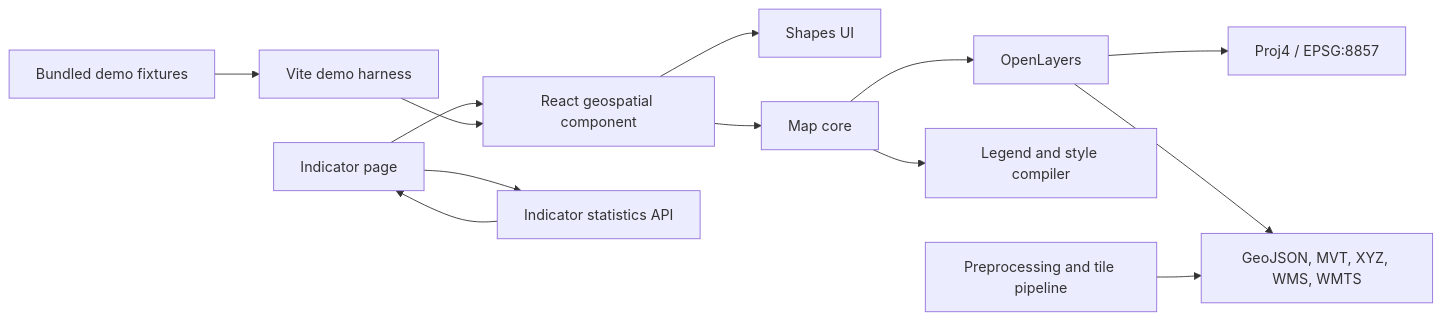
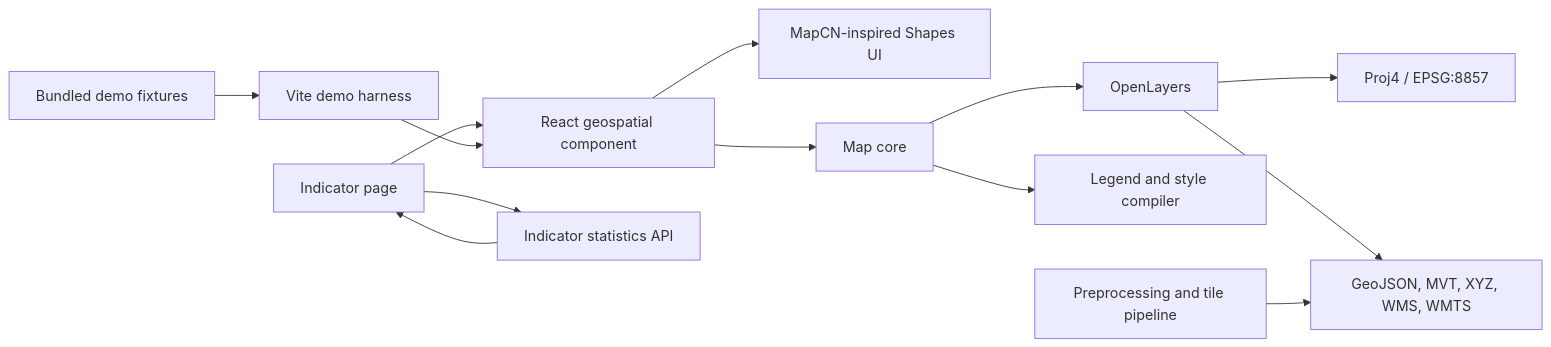
One commit to Lyxesxyz/react-map-component changed the first of 2 diagrams in technical-architecture.md. Above: the diagram before and after it, drawn with Mermaid. The commit also changed other lines of this file and 23 other files, not shown here.

````diff
--- a/technical-architecture.md
+++ b/technical-architecture.md
@@ -41,15 +41,15 @@
 ```mermaid
 flowchart LR
   Page[Indicator page] --> ReactMap[React geospatial component]
-  ReactMap --> UI[Shapes UI]
+  ReactMap --> UI[MapCN-inspired Shapes UI]
   ReactMap --> Core[Map core]
   Core --> OL[OpenLayers]
   Core --> Legend[Legend and style compiler]
   OL --> P4[Proj4 / EPSG:8857]
   OL --> Sources[GeoJSON, MVT, XYZ, WMS, WMTS]
   Page --> Stats[Indicator statistics API]
   Stats --> Page
   Pipeline[Preprocessing and tile pipeline] --> Sources
   Demo[Vite demo harness] --> ReactMap
   Fixtures[Bundled demo fixtures] --> Demo
 ```
````
